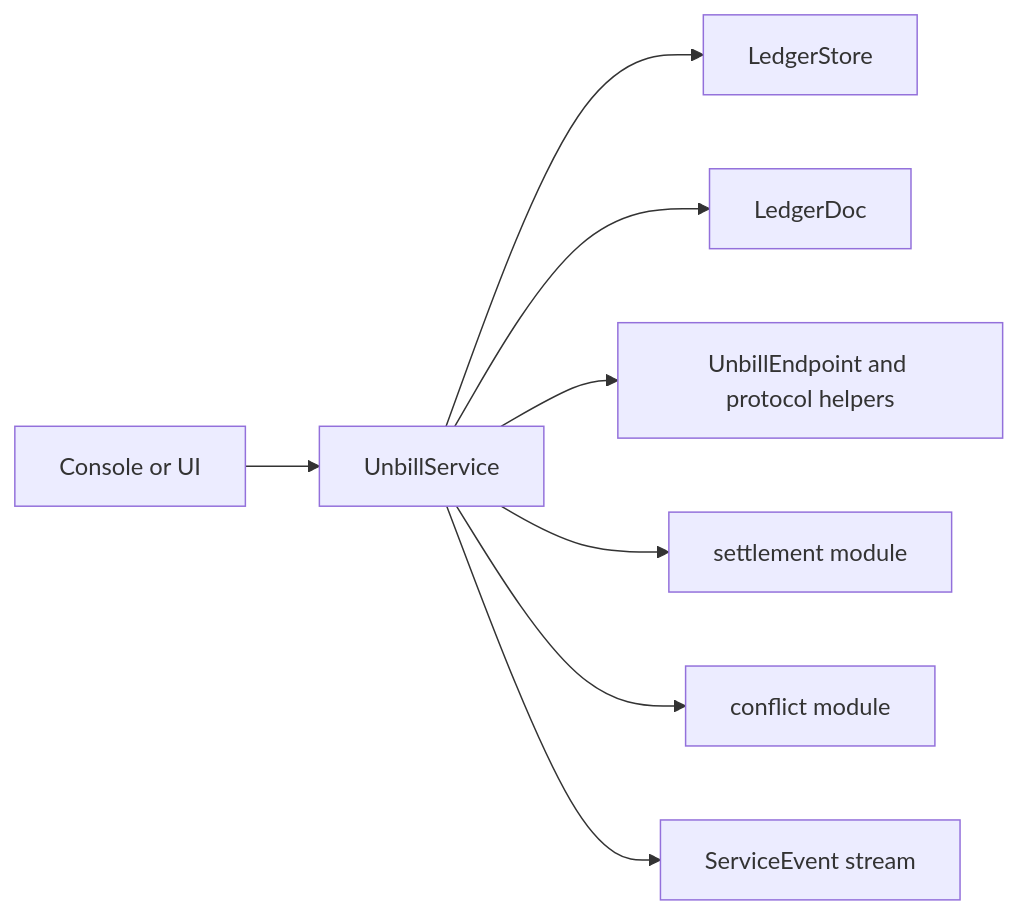
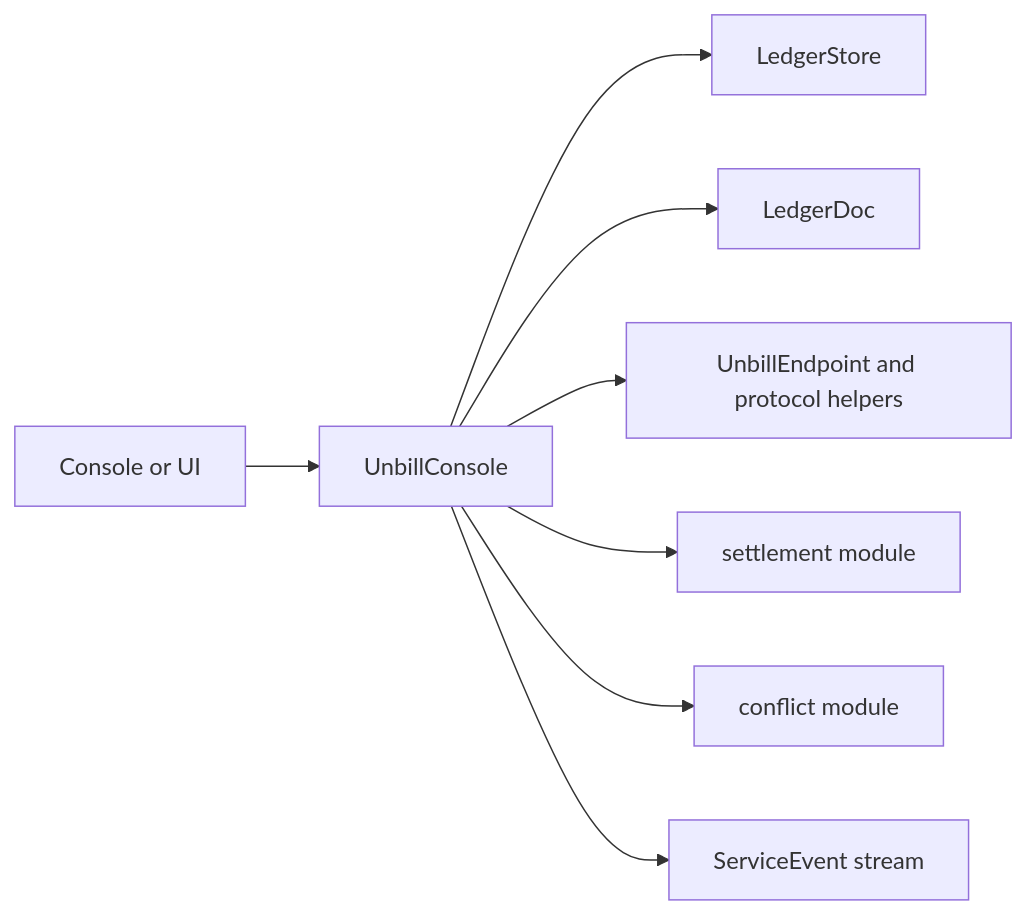
One commit to unbill-project/unbill changed the diagram in crates/unbill-console/src/service/DESIGN.md. Above: the diagram before and after it, drawn with Mermaid. The commit also changed 26 other files, not shown here.

Commit message:
docs: rename unbill-service to unbill-console

````diff
--- a/crates/unbill-console/src/service/DESIGN.md
+++ b/crates/unbill-console/src/service/DESIGN.md
@@ -7,10 +7,10 @@
 ```mermaid
 flowchart LR
-    Shell["Console or UI"] --> Service["UnbillService"]
+    Shell["Console or UI"] --> Service["UnbillConsole"]
     Service --> Store["LedgerStore"]
     Service --> Doc["LedgerDoc"]
     Service --> Net["UnbillEndpoint and protocol helpers"]
     Service --> Settlement["settlement module"]
     Service --> Conflict["conflict module"]
     Service --> Events["ServiceEvent stream"]
 ```
````
